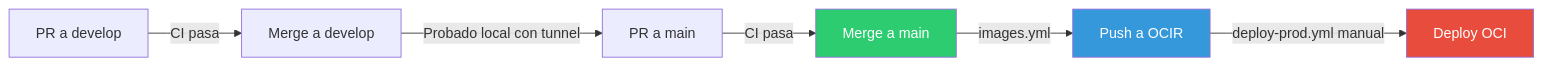
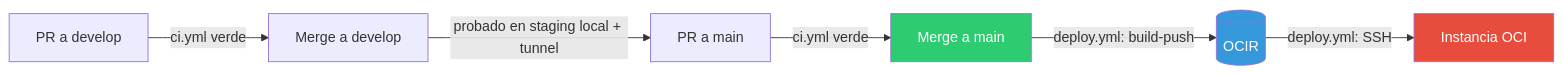
The diagram in docs/deployment/ci-cd.md (EzequielAngel0/DocuAgent), drawn with Mermaid before and after one commit. The commit also changed other lines of this file and 7 other files, not shown here.

Commit message:
docs: alinear documentación a la arquitectura real y agregar runbooks de staging y go-live OCI

````diff
--- a/docs/deployment/ci-cd.md
+++ b/docs/deployment/ci-cd.md
@@ -192,12 +75,11 @@
 ```mermaid
 flowchart LR
-    PR[PR a develop] -->|CI pasa| DEV[Merge a develop]
-    DEV -->|Probado local con tunnel| PR2[PR a main]
-    PR2 -->|CI pasa| MAIN[Merge a main]
-    MAIN -->|images.yml| OCIR[Push a OCIR]
-    OCIR -->|deploy-prod.yml manual| OCI[Deploy OCI]
-
+    PR[PR a develop] -->|ci.yml verde| DEV[Merge a develop]
+    DEV -->|probado en staging local + tunnel| PR2[PR a main]
+    PR2 -->|ci.yml verde| MAIN[Merge a main]
+    MAIN -->|deploy.yml: build-push| OCIR[(OCIR)]
+    OCIR -->|deploy.yml: SSH| OCI[Instancia OCI]
     style MAIN fill:#2ecc71,color:#fff
     style OCIR fill:#3498db,color:#fff
     style OCI fill:#e74c3c,color:#fff
 ```
````
